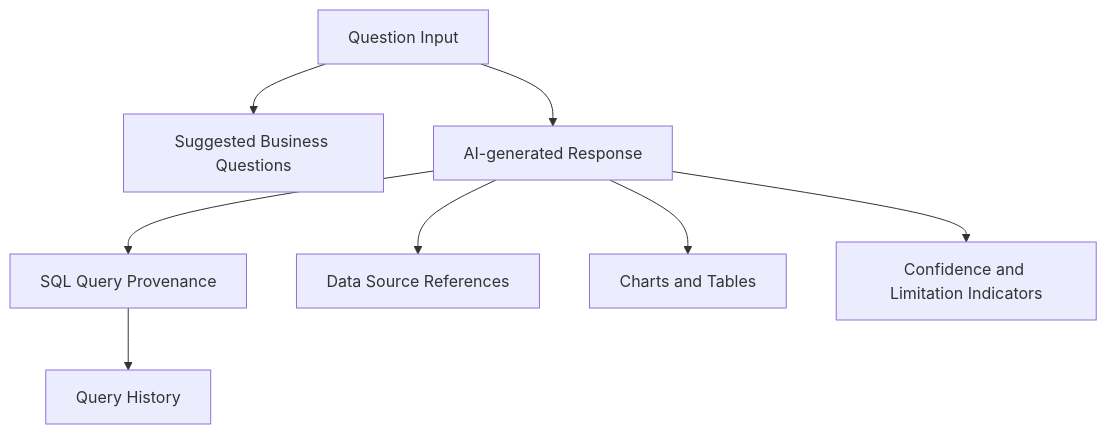
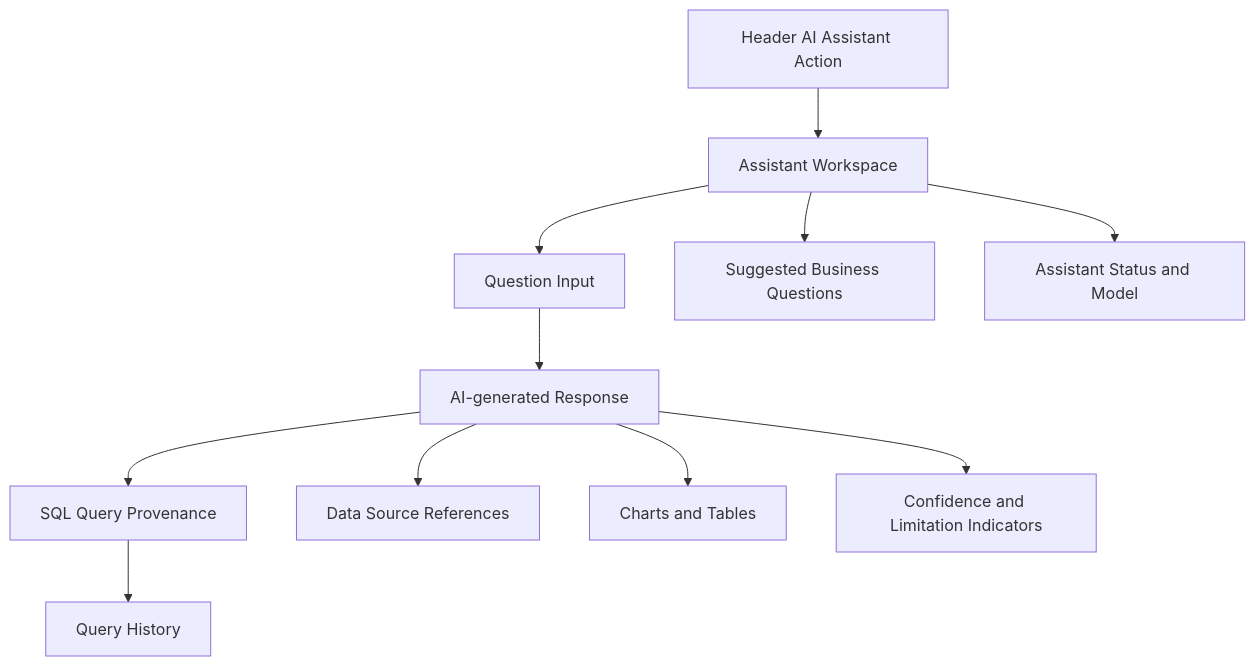
Before and after one commit to Web8080/enterprise-intelligence-platform: the diagram in docs/wireframes/ai-assistant.md, drawn with Mermaid. The commit also changed other lines of this file and 15 other files, not shown here.

````diff
--- a/docs/wireframes/ai-assistant.md
+++ b/docs/wireframes/ai-assistant.md
@@ -3,10 +3,13 @@
 ```mermaid
 flowchart TB
-    A[Question Input] --> B[Suggested Business Questions]
-    A --> C[AI-generated Response]
-    C --> D[SQL Query Provenance]
-    C --> E[Data Source References]
-    C --> F[Charts and Tables]
-    C --> G[Confidence and Limitation Indicators]
-    D --> H[Query History]
+    A[Header AI Assistant Action] --> B[Assistant Workspace]
+    B --> C[Question Input]
+    B --> D[Suggested Business Questions]
+    B --> E[Assistant Status and Model]
+    C --> F[AI-generated Response]
+    F --> G[SQL Query Provenance]
+    F --> H[Data Source References]
+    F --> I[Charts and Tables]
+    F --> J[Confidence and Limitation Indicators]
+    G --> K[Query History]
 ```
````
